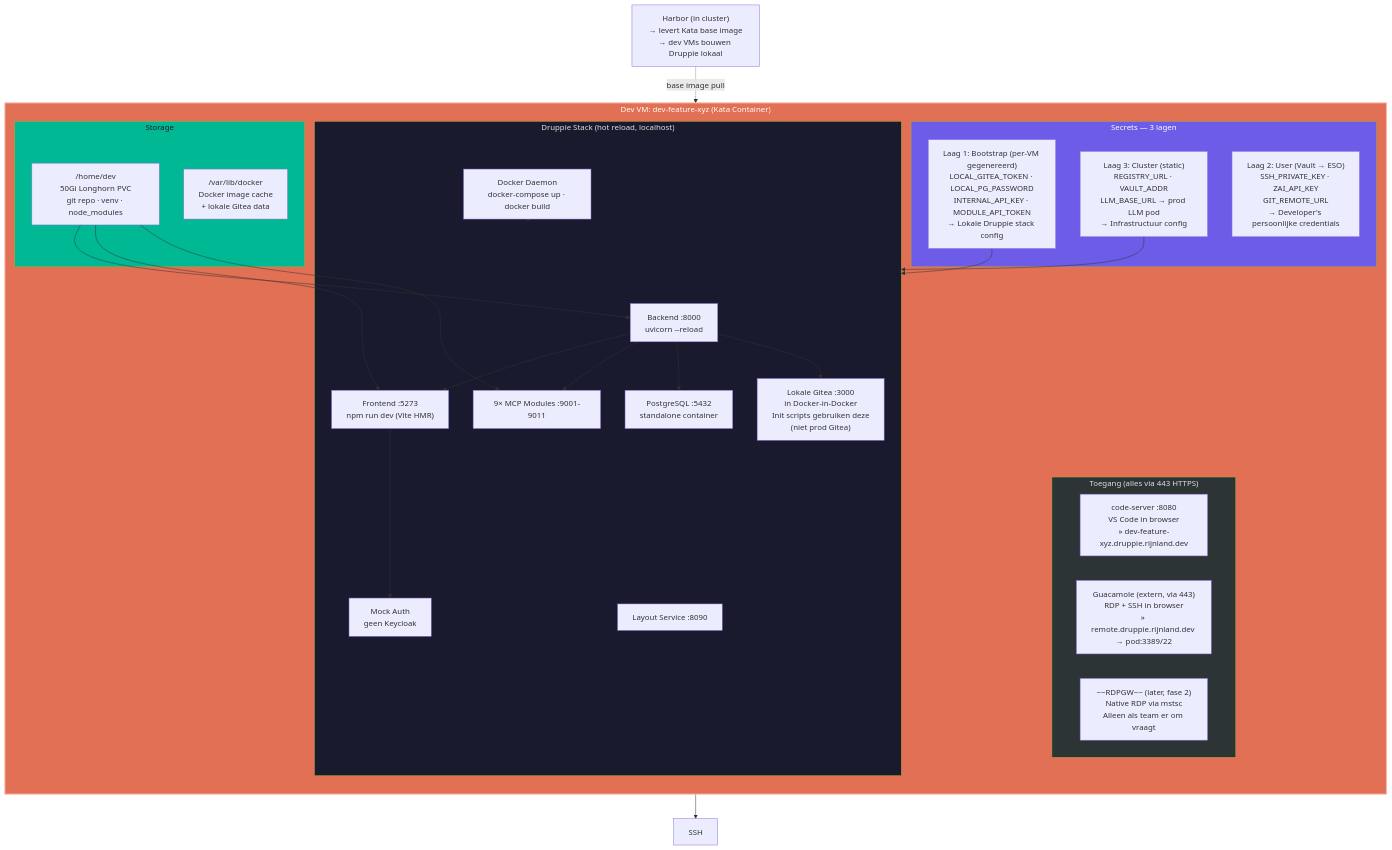
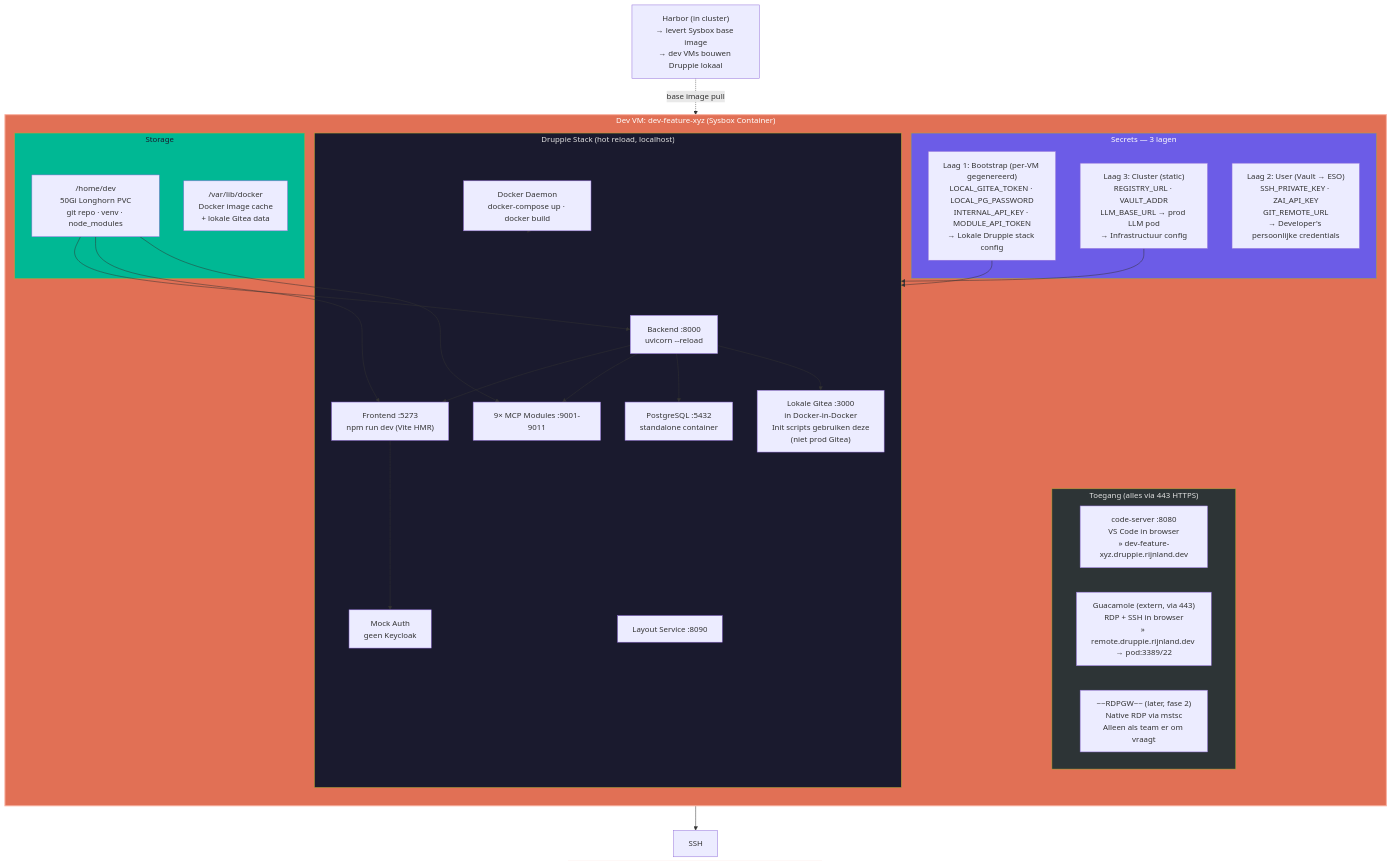
The third of 12 diagrams in docs/dev-environment-architecture.md (nuno-git/druppie-fork), drawn with Mermaid before and after one commit. The commit also changed other lines of this file and 1 other file, not shown here.

First line of the commit message:
docs(dev-env): correct runtime to sysbox, document Kasm research

````diff
--- a/docs/dev-environment-architecture.md
+++ b/docs/dev-environment-architecture.md
@@ -329,59 +329,59 @@
 ```mermaid
 flowchart TB
-    subgraph DevVM["Dev VM: dev-feature-xyz (Kata Container)"]
+    subgraph DevVM["Dev VM: dev-feature-xyz (Sysbox Container)"]
         direction TB
 
         subgraph Access["Toegang (alles via 443 HTTPS)"]
             CS["code-server :8080<br/>VS Code in browser<br/>» dev-feature-xyz.druppie.rijnland.dev"]
             GUAC["Guacamole (extern, via 443)<br/>RDP + SSH in browser<br/>» remote.druppie.rijnland.dev → pod:3389/22"]
             RDPGW_OPT["~~RDPGW~~ (later, fase 2)<br/>Native RDP via mstsc<br/>Alleen als team er om vraagt"]
         end
 
         subgraph Secrets["Secrets — 3 lagen"]
             SEC_BOOT["Laag 1: Bootstrap (per-VM gegenereerd)<br/>LOCAL_GITEA_TOKEN · LOCAL_PG_PASSWORD<br/>INTERNAL_API_KEY · MODULE_API_TOKEN<br/>→ Lokale Druppie stack config"]
             SEC_USER["Laag 2: User (Vault → ESO)<br/>SSH_PRIVATE_KEY · ZAI_API_KEY<br/>GIT_REMOTE_URL<br/>→ Developer's persoonlijke credentials"]
             SEC_CLUST["Laag 3: Cluster (static)<br/>REGISTRY_URL · VAULT_ADDR<br/>LLM_BASE_URL → prod LLM pod<br/>→ Infrastructuur config"]
         end
 
         subgraph Stack["Druppie Stack (hot reload, localhost)"]
             BE["Backend :8000<br/>uvicorn --reload"]
             FE["Frontend :5273<br/>npm run dev (Vite HMR)"]
             MODULES["9× MCP Modules :9001-9011"]
             LAYOUT["Layout Service :8090"]
             PG["PostgreSQL :5432<br/>standalone container"]
             LOCAL_GITEA["Lokale Gitea :3000<br/>in Docker-in-Docker<br/>Init scripts gebruiken deze<br/>(niet prod Gitea)"]
             AUTH["Mock Auth<br/>geen Keycloak"]
             DIND["Docker Daemon<br/>docker-compose up · docker build"]
         end
 
         subgraph Persistence["Storage"]
             HOME["/home/dev<br/>50Gi Longhorn PVC<br/>git repo · venv · node_modules"]
             CACHE["/var/lib/docker<br/>Docker image cache<br/>+ lokale Gitea data"]
         end
     end
 
-    HARBOR_EXT["Harbor (in cluster)<br/>→ levert Kata base image<br/>→ dev VMs bouwen Druppie lokaal"]
+    HARBOR_EXT["Harbor (in cluster)<br/>→ levert Sysbox base image<br/>→ dev VMs bouwen Druppie lokaal"]
 
     HARBOR_EXT -.->|"base image pull"| DevVM
 
     SEC_BOOT --> Stack
     SEC_USER --> SSH
     SEC_CLUST --> Stack
 
     BE --> FE
     BE --> MODULES
     BE --> PG
     BE --> LOCAL_GITEA
     FE --> AUTH
     DIND --> Stack
 
     HOME --> BE
     HOME --> FE
     HOME --> MODULES
 
     style DevVM fill:#e17055,color:#ffffff,stroke:#fab1a0,stroke-width:2px
     style Access fill:#2d3436,color:#e0e0e0
     style Secrets fill:#6c5ce7,color:#ffffff
     style Stack fill:#1a1a2e,color:#e0e0e0
     style Persistence fill:#00b894,color:#1a1a2e
 ```
````
